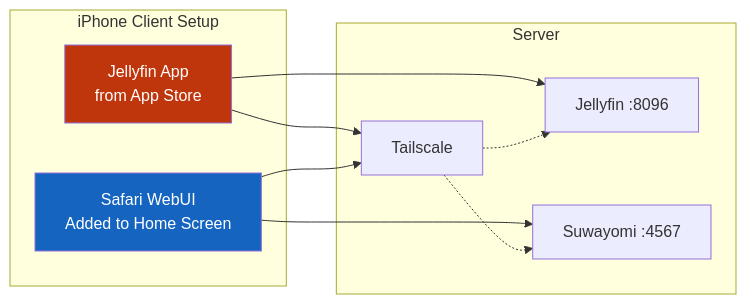
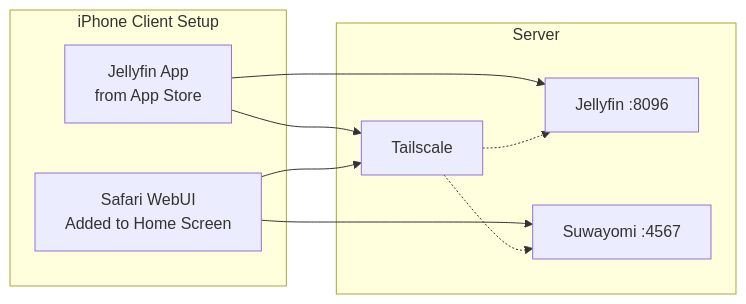
One commit to prateek11rai/sanji changed the fifth of 6 diagrams in docs/blog/posts/ohara.md. Above: the diagram before and after it, drawn with Mermaid. The commit also changed other lines of this file and 11 other files, not shown here.

Commit message:
feat: add hermes agent blog post, agent writing rules, remove hardcoded mermaid styles

````diff
--- a/docs/blog/posts/ohara.md
+++ b/docs/blog/posts/ohara.md
@@ -379,23 +372,21 @@
 ```mermaid
 graph LR
     subgraph "iPhone Client Setup"
         J2[Jellyfin App<br/>from App Store]
         S2[Safari WebUI<br/>Added to Home Screen]
     end
     
     subgraph "Server"
         JF[Jellyfin :8096]
         SW[Suwayomi :4567]
         TS[Tailscale]
     end
     
     J2 --> JF
     S2 --> SW
     J2 --> TS
     S2 --> TS
     TS -.-> JF
     TS -.-> SW
     
-    style J2 fill:#bf360c,color:#fff
-    style S2 fill:#1565c0,color:#fff
 ```
````
